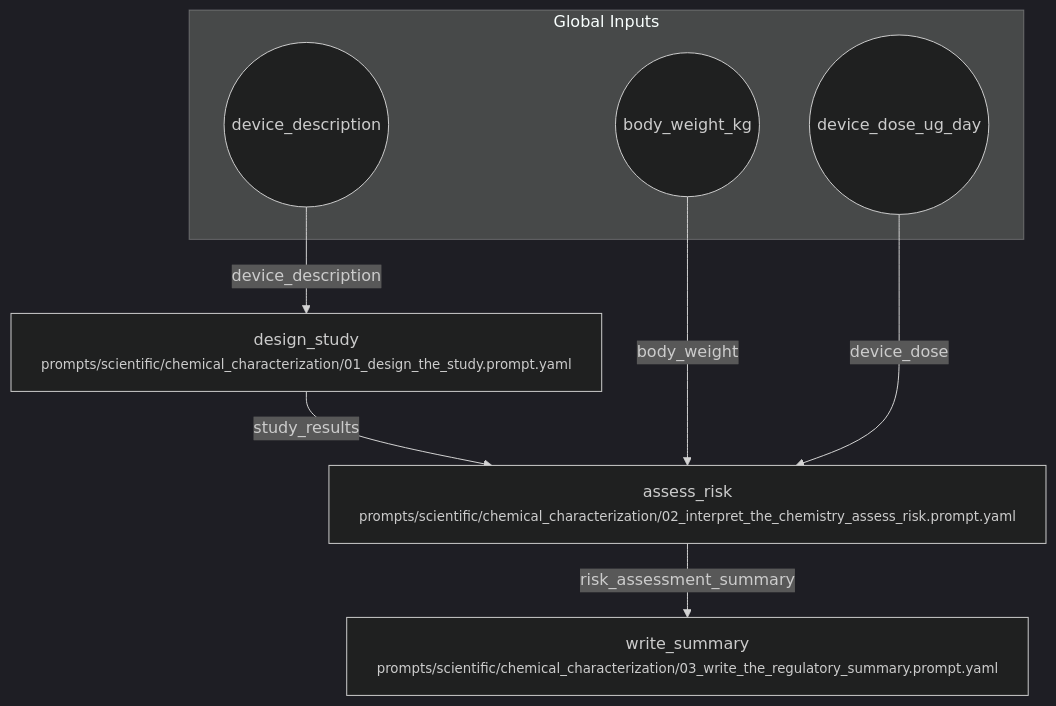
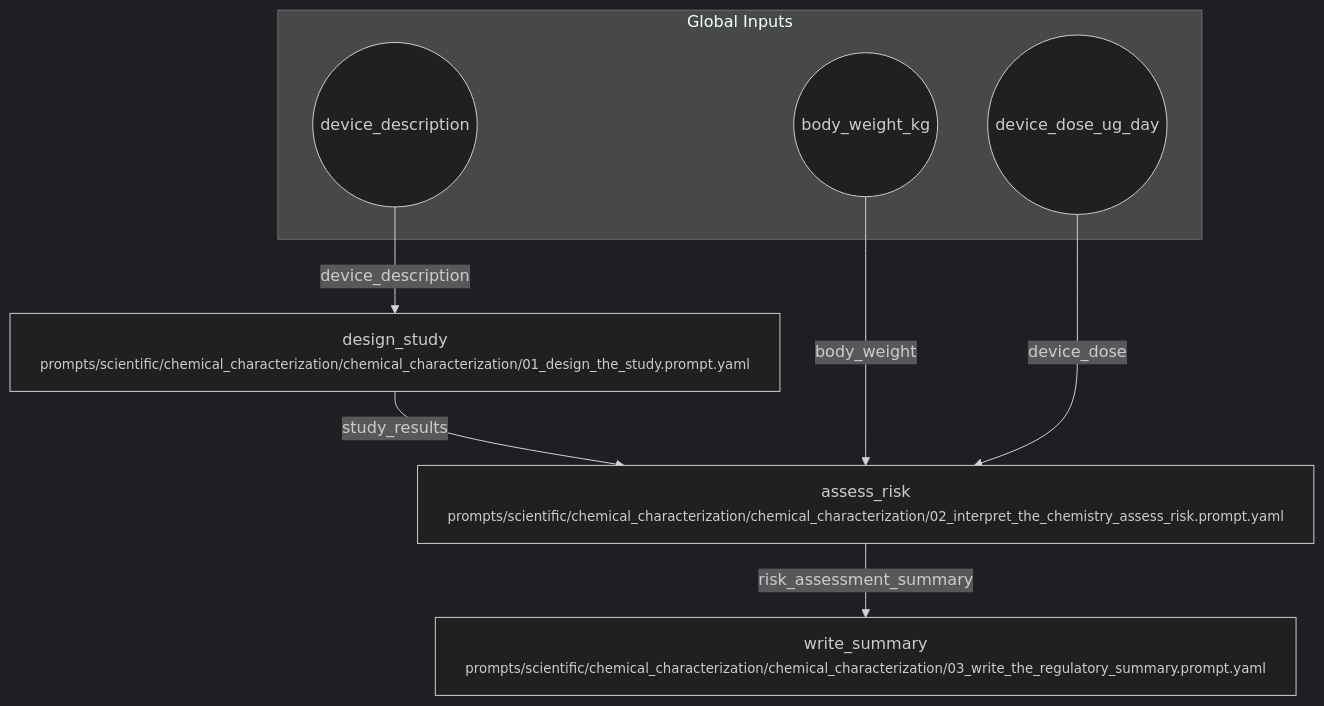
The diagram in workflows/scientific/chemical_characterization.workflow.md (fderuiter/proompts), drawn with Mermaid (dark theme) before and after one commit. The commit also changed 31 other files, not shown here.

````diff
--- a/workflows/scientific/chemical_characterization.workflow.md
+++ b/workflows/scientific/chemical_characterization.workflow.md
@@ -7,16 +7,16 @@
 ```mermaid
 flowchart TD
     subgraph Inputs [Global Inputs]
         inp_device_description((device_description))
         inp_body_weight_kg((body_weight_kg))
         inp_device_dose_ug_day((device_dose_ug_day))
     end
-    design_study["design_study<br/><small>prompts/scientific/chemical_characterization/01_design_the_study.prompt.yaml</small>"]
-    assess_risk["assess_risk<br/><small>prompts/scientific/chemical_characterization/02_interpret_the_chemistry_assess_risk.prompt.yaml</small>"]
-    write_summary["write_summary<br/><small>prompts/scientific/chemical_characterization/03_write_the_regulatory_summary.prompt.yaml</small>"]
+    design_study["design_study<br/><small>prompts/scientific/chemical_characterization/chemical_characterization/01_design_the_study.prompt.yaml</small>"]
+    assess_risk["assess_risk<br/><small>prompts/scientific/chemical_characterization/chemical_characterization/02_interpret_the_chemistry_assess_risk.prompt.yaml</small>"]
+    write_summary["write_summary<br/><small>prompts/scientific/chemical_characterization/chemical_characterization/03_write_the_regulatory_summary.prompt.yaml</small>"]
     inp_device_description -->|device_description| design_study
     design_study -->|study_results| assess_risk
     inp_body_weight_kg -->|body_weight| assess_risk
     inp_device_dose_ug_day -->|device_dose| assess_risk
     assess_risk -->|risk_assessment_summary| write_summary
 ```
````
